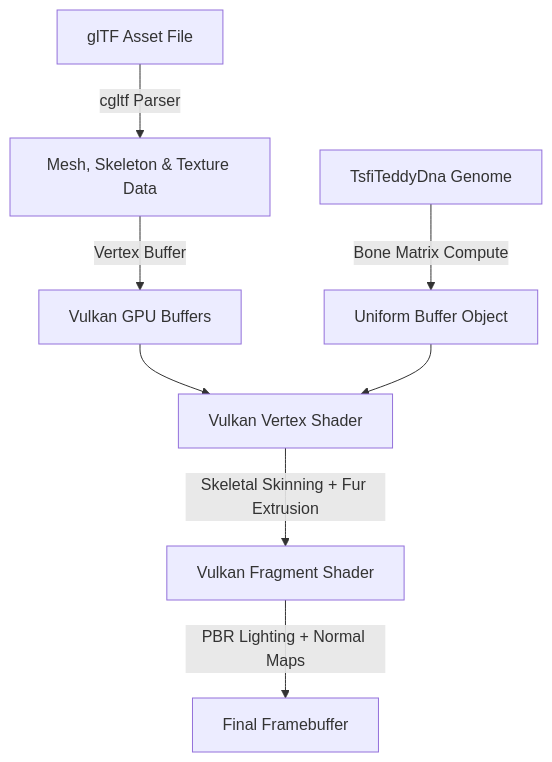
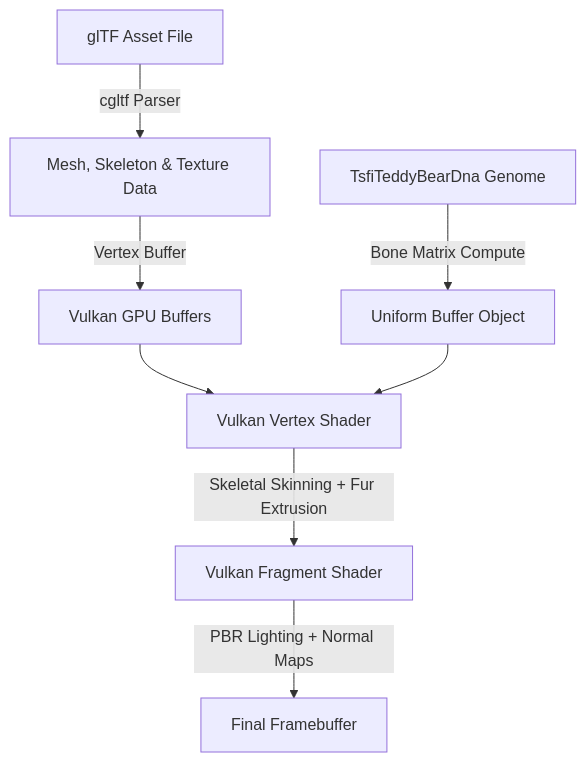
Before and after one commit to busytoby/atropa_pulsechain: the diagram in lore/dna_3d_standards_proposal.md, drawn with Mermaid. The commit also changed other lines of this file and 293 other files, not shown here.

````diff
--- a/lore/dna_3d_standards_proposal.md
+++ b/lore/dna_3d_standards_proposal.md
@@ -39,10 +39,10 @@
 ```mermaid
 graph TD
     A[glTF Asset File] -->|cgltf Parser| B[Mesh, Skeleton & Texture Data]
     B -->|Vertex Buffer| C[Vulkan GPU Buffers]
-    D[TsfiTeddyDna Genome] -->|Bone Matrix Compute| E[Uniform Buffer Object]
+    D[TsfiTeddyBearDna Genome] -->|Bone Matrix Compute| E[Uniform Buffer Object]
     C --> F[Vulkan Vertex Shader]
     E --> F
     F -->|Skeletal Skinning + Fur Extrusion| G[Vulkan Fragment Shader]
     G -->|PBR Lighting + Normal Maps| H[Final Framebuffer]
 ```
````
